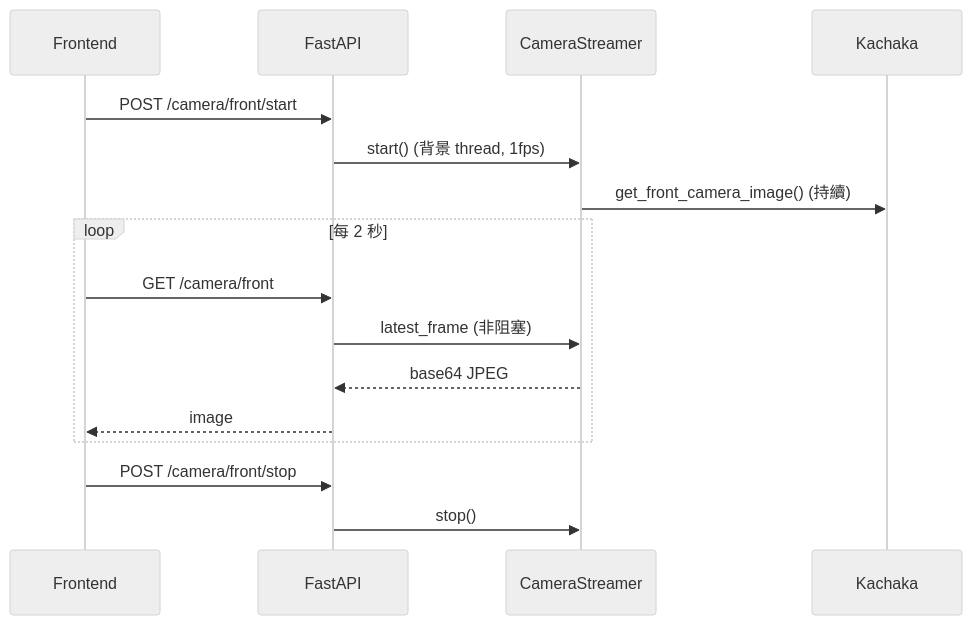
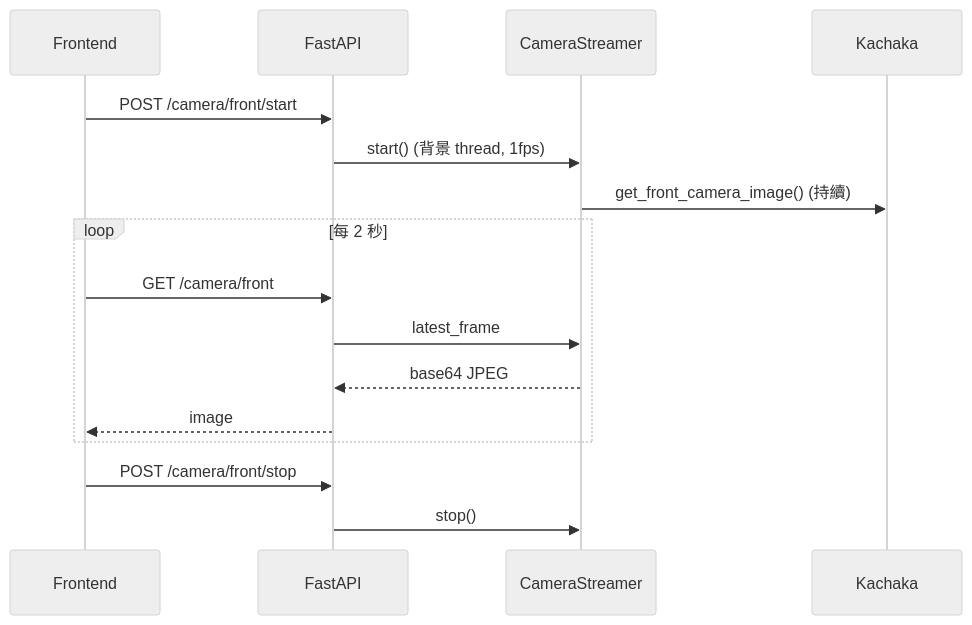
Before and after one commit to Sigma-Snaken/pi-zigbee: the fourth of 5 diagrams in README.md, drawn with Mermaid (neutral theme). The commit also changed other lines of this file, not shown here.

First line of the commit message:
docs: rewrite README with comprehensive hardware/software architecture

````diff
--- a/README.md
+++ b/README.md
@@ -161,19 +146,19 @@
 ```mermaid
 sequenceDiagram
     participant FE as Frontend
     participant API as FastAPI
     participant CS as CameraStreamer
     participant K as Kachaka
 
     FE->>API: POST /camera/front/start
     API->>CS: start() (背景 thread, 1fps)
     CS->>K: get_front_camera_image() (持續)
     loop 每 2 秒
         FE->>API: GET /camera/front
-        API->>CS: latest_frame (非阻塞)
+        API->>CS: latest_frame
         CS-->>API: base64 JPEG
         API-->>FE: image
     end
     FE->>API: POST /camera/front/stop
     API->>CS: stop()
 ```
````
